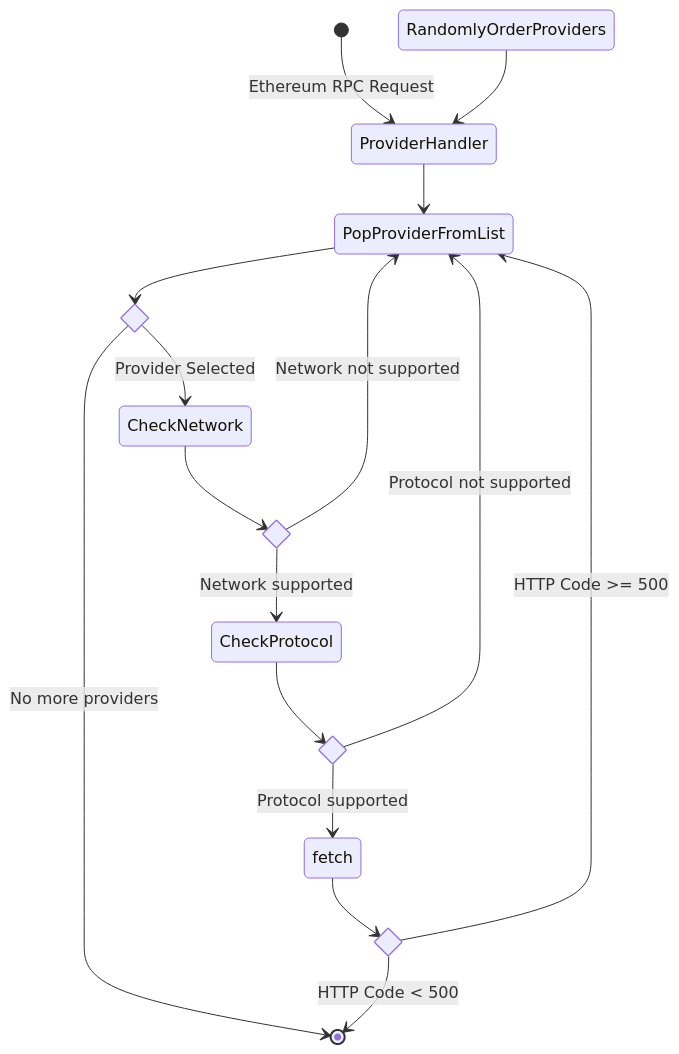
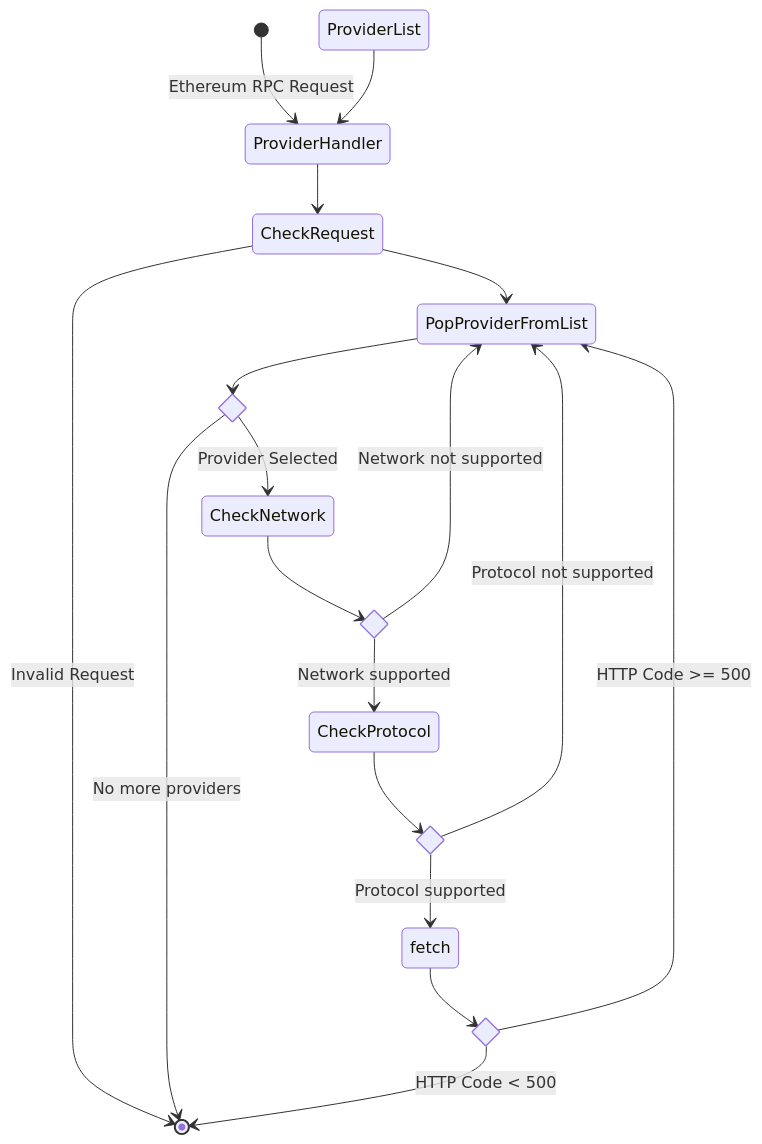
The diagram in docs/ADR-72-ethereum-api-provider.md (decentraland/adr), drawn with Mermaid before and after one commit. The commit also changed other lines of this file, not shown here.

````diff
--- a/docs/ADR-72-ethereum-api-provider.md
+++ b/docs/ADR-72-ethereum-api-provider.md
@@ -27,27 +27,30 @@
 ```mermaid
 stateDiagram-v2
   [*] --> ProviderHandler: Ethereum RPC Request
 
   state check_provider <<choice>>
   state check_network <<choice>>
   state check_protocol <<choice>>
   state check_response <<choice>>
 
-  RandomlyOrderProviders --> ProviderHandler
-  ProviderHandler --> PopProviderFromList
+  ProviderList --> ProviderHandler
+  ProviderHandler --> CheckRequest
+  CheckRequest --> [*]: Invalid Request
+
+  CheckRequest --> PopProviderFromList
   PopProviderFromList --> check_provider
   check_provider --> CheckNetwork: Provider Selected
   check_provider --> [*]: No more providers
 
   CheckNetwork --> check_network
   check_network --> PopProviderFromList: Network not supported
   check_network --> CheckProtocol: Network supported
 
   CheckProtocol --> check_protocol
   check_protocol --> PopProviderFromList: Protocol not supported
   check_protocol --> fetch: Protocol supported
 
   fetch --> check_response
   check_response --> PopProviderFromList: HTTP Code >= 500
   check_response --> [*]: HTTP Code < 500
 ```
````
